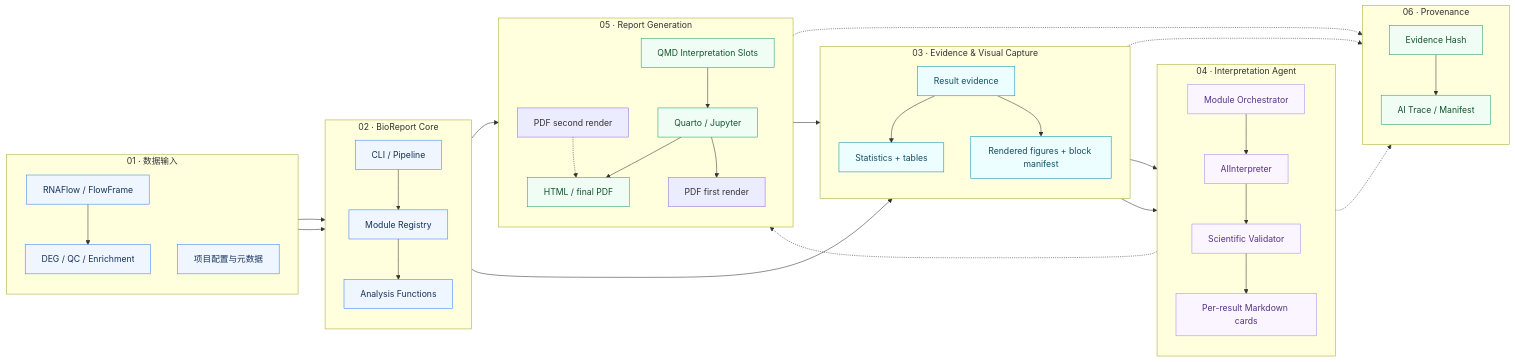
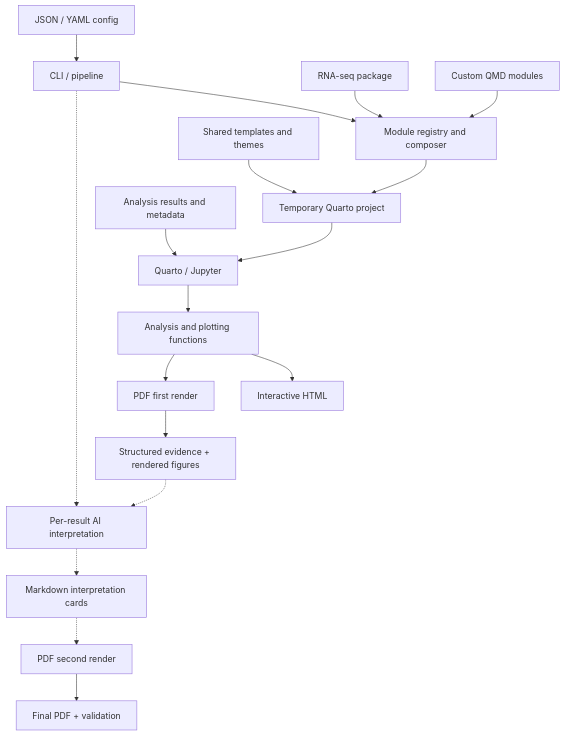
One commit to xsx123123/bioreport changed the diagram in README.md. Above: the diagram before and after it, drawn with Mermaid. The commit also changed other lines of this file and 1 other file, not shown here.

````diff
--- a/README.md
+++ b/README.md
@@ -161,80 +113,18 @@
 ```mermaid
-flowchart LR
-    subgraph INPUT["01 · 数据输入"]
-        direction TB
-        A["RNAFlow / FlowFrame"]
-        B["DEG / QC / Enrichment"]
-        C["项目配置与元数据"]
-    end
-
-    subgraph CORE["02 · BioReport Core"]
-        direction TB
-        D["CLI / Pipeline"]
-        E["Module Registry"]
-        F["Analysis Functions"]
-        D --> E --> F
-    end
-
-    subgraph EVIDENCE["03 · Evidence & Visual Capture"]
-        direction TB
-        G["Result evidence"]
-        H["Statistics + tables"]
-        I["Rendered figures + block manifest"]
-        G --> H
-        G --> I
-    end
-
-    subgraph AI["04 · Interpretation Agent"]
-        direction TB
-        J["Module Orchestrator"]
-        K["AIInterpreter"]
-        L["Scientific Validator"]
-        M["Per-result Markdown cards"]
-        J --> K --> L --> M
-    end
-
-    subgraph REPORT["05 · Report Generation"]
-        direction TB
-        N["QMD Interpretation Slots"]
-        O["Quarto / Jupyter"]
-        P["HTML / final PDF"]
-        P0["PDF first render"]
-        T["PDF second render"]
-        N --> O
-    end
-
-    subgraph AUDIT["06 · Provenance"]
-        direction TB
-        Q["Evidence Hash"]
-        R["AI Trace / Manifest"]
-        Q --> R
-    end
-
-    A --> B
-    B --> F
-    C --> D
-
-    F --> G
-    H --> J
-    I --> J
-
-    E --> N
-    M -.-> T -.-> P
-    O --> P
-    O --> P0
-    P0 --> I
-
-    G -.-> Q
-    L -.-> R
-    P -.-> R
-
-    classDef blue fill:#eff6ff,stroke:#3b82f6,color:#173258
-    classDef cyan fill:#ecfeff,stroke:#0891b2,color:#164e63
-    classDef purple fill:#faf5ff,stroke:#a78bfa,color:#553285
-    classDef green fill:#f0fdf4,stroke:#22a06b,color:#14532d
-
-    class A,B,C,D,E,F blue
-    class G,H,I cyan
-    class J,K,L,M purple
-    class N,O,P,Q,R green
+flowchart TB
+  Config["JSON / YAML config"] --> Control["CLI / pipeline"]
+  RNA["RNA-seq package"] --> Compose["Module registry and composer"]
+  Custom["Custom QMD modules"] --> Compose
+  Theme["Shared templates and themes"] --> Stage["Temporary Quarto project"]
+  Control --> Compose --> Stage --> Render["Quarto / Jupyter"]
+  Data["Analysis results and metadata"] --> Render
+  Render --> Analysis["Analysis and plotting functions"]
+  Analysis --> HTML["Interactive HTML"]
+  Analysis --> PDF1["PDF first render"]
+  PDF1 --> Evidence["Structured evidence + rendered figures"]
+  Control -.-> AI["Per-result AI interpretation"]
+  Evidence -.-> AI
+  AI -.-> Cards["Markdown interpretation cards"]
+  Cards -.-> PDF2["PDF second render"]
+  PDF2 --> PDF["Final PDF + validation"]
 ```
````
